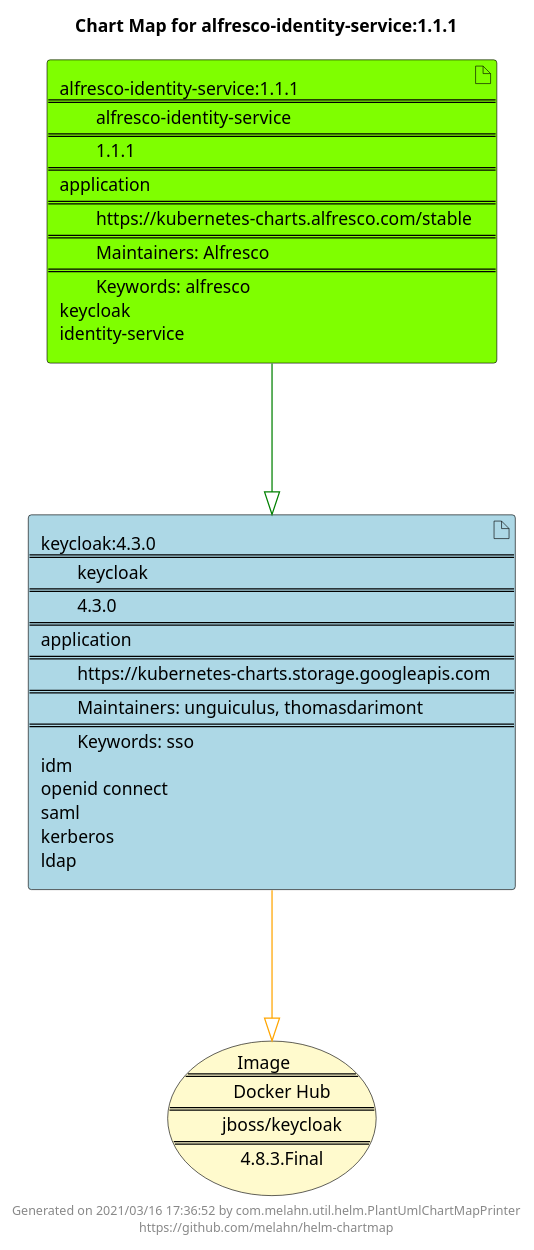
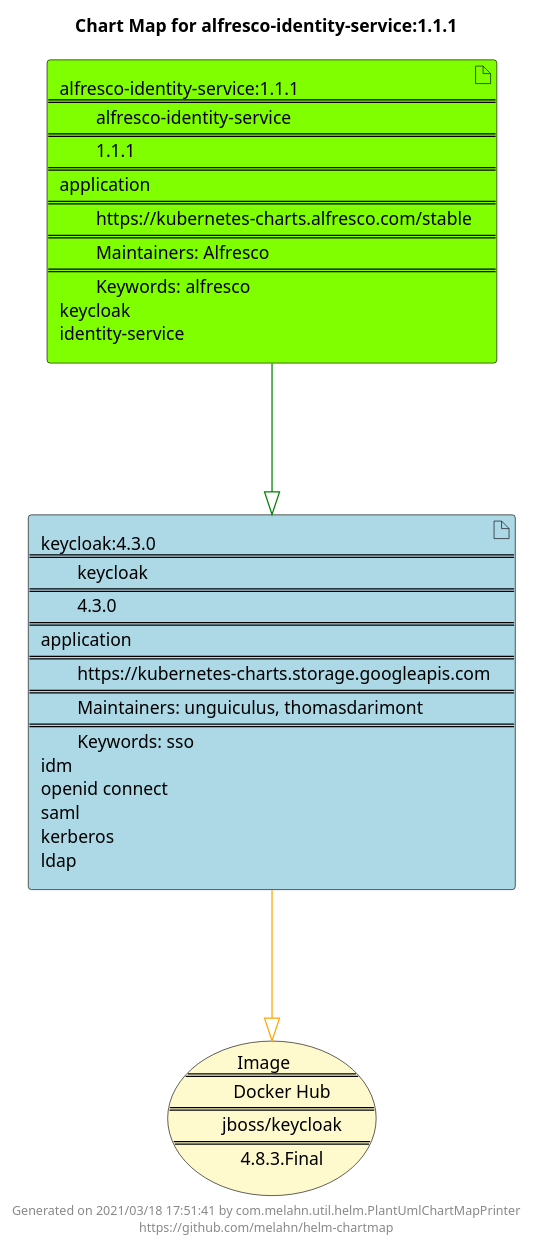
Before and after one commit to melahn/helm-chartmap: the diagram in docs/alfresco-identity-service/alfresco-identity-service-1.1.1.puml, drawn with PlantUML. The commit also changed 28 other files, not shown here.

```diff
--- a/docs/alfresco-identity-service/alfresco-identity-service-1.1.1.puml
+++ b/docs/alfresco-identity-service/alfresco-identity-service-1.1.1.puml
@@ -1,23 +1,23 @@
 @startuml
 skinparam linetype ortho
 skinparam backgroundColor white
 skinparam usecaseBorderColor black
 skinparam usecaseArrowColor LightSlateGray
 skinparam artifactBorderColor black
 skinparam artifactArrowColor LightSlateGray
 
 title Chart Map for alfresco-identity-service:1.1.1
 
 'There are 2 referenced Helm Charts
 artifact "alfresco-identity-service:1.1.1\n====\n\talfresco-identity-service\n====\n\t1.1.1\n====\napplication\n====\n\thttps://kubernetes-charts.alfresco.com/stable\n====\n\tMaintainers: Alfresco\n====\n\tKeywords: alfresco\nkeycloak\nidentity-service" as alfresco_identity_service_1_1_1 #Chartreuse
 artifact "keycloak:4.3.0\n====\n\tkeycloak\n====\n\t4.3.0\n====\napplication\n====\n\thttps://kubernetes-charts.storage.googleapis.com\n====\n\tMaintainers: unguiculus, thomasdarimont\n====\n\tKeywords: sso\nidm\nopenid connect\nsaml\nkerberos\nldap" as keycloak_4_3_0 #LightBlue
 
 'There is one referenced Docker Image
 usecase "Image\n====\n\tDocker Hub\n====\n\tjboss/keycloak\n====\n\t4.8.3.Final" as jboss_keycloak_4_8_3_Final #LemonChiffon
 
 'Chart Dependencies
 alfresco_identity_service_1_1_1--[#green]-|>keycloak_4_3_0
 keycloak_4_3_0--[#orange]-|>jboss_keycloak_4_8_3_Final
 
-center footer Generated on 2021/03/16 17:36:52 by com.melahn.util.helm.PlantUmlChartMapPrinter\nhttps://github.com/melahn/helm-chartmap
+center footer Generated on 2021/03/18 17:51:41 by com.melahn.util.helm.PlantUmlChartMapPrinter\nhttps://github.com/melahn/helm-chartmap
 @enduml
```
